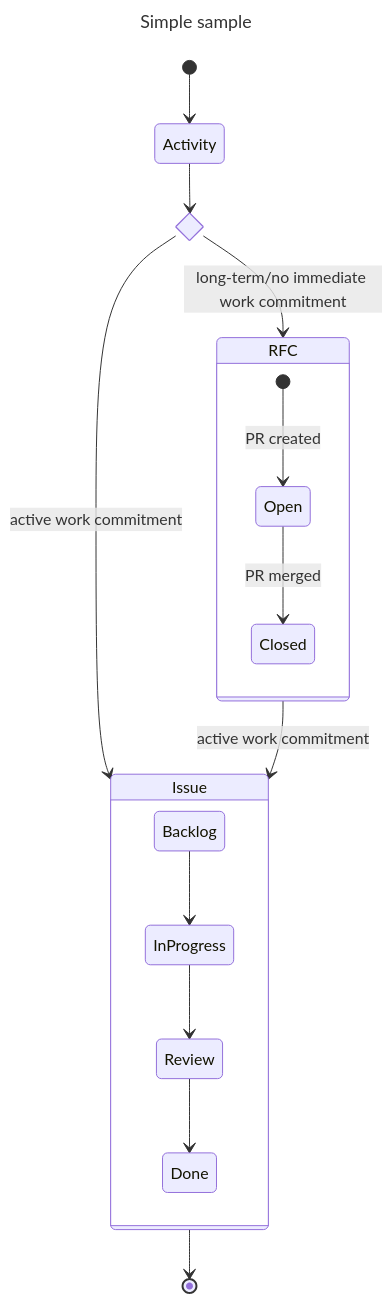
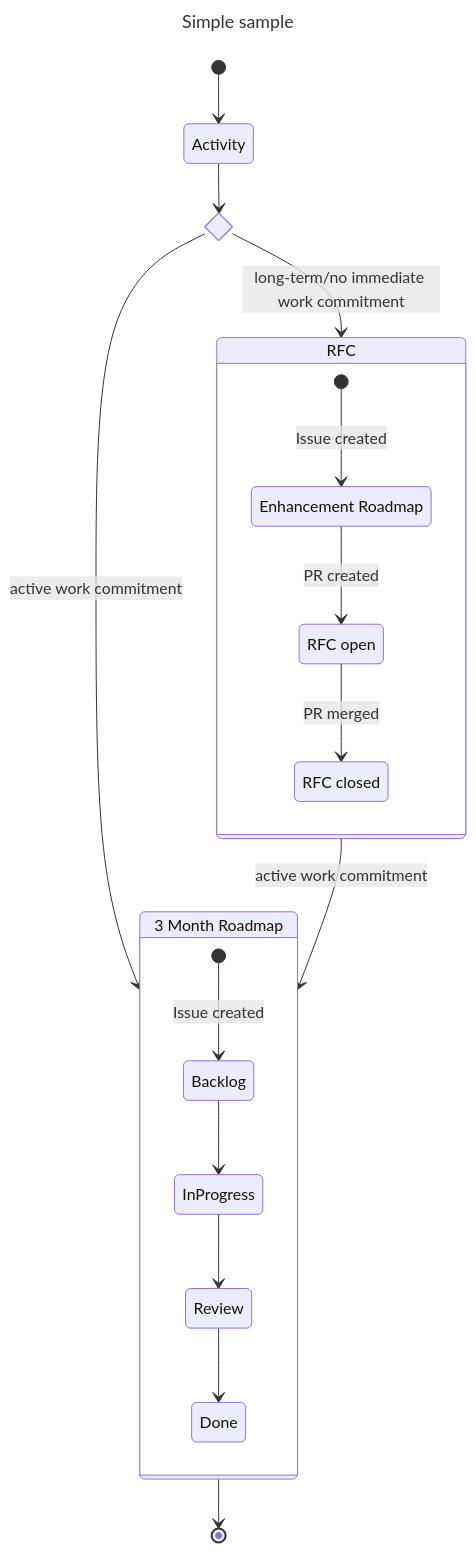
Before and after one commit to christophrj/sig-extensibility-draft: the diagram in README.md, drawn with Mermaid.

Commit message:
docs: project with short- and long-term roadmap
On-behalf-of: @SAP christopher.junk@sap.com

````diff
--- a/README.md
+++ b/README.md
@@ -58,24 +58,30 @@
 ```mermaid
 ---
 title: Simple sample
 ---
 stateDiagram-v2
     state commitment <<choice>>
     [*] --> Activity
     Activity --> commitment
     commitment --> RFC: long-term/no immediate work commitment
     state RFC {
-        [*] --> Open: PR created
+        EP: Enhancement Roadmap
+        Open: RFC open
+        Closed: RFC closed
+        [*] --> EP: Issue created
+        EP --> Open: PR created
         Open --> Closed: PR merged
     }
-    commitment --> Issue: active work commitment
+    commitment --> Roadmap: active work commitment
 
-    RFC --> Issue: active work commitment
+    RFC --> Roadmap: active work commitment
 
-    Issue --> [*]
-    state Issue {
+    Roadmap: 3 Month Roadmap
+    Roadmap --> [*]
+    state Roadmap{
+        [*] --> Backlog: Issue created
         Backlog --> InProgress
         InProgress --> Review
         Review --> Done
     }
 ```
````
